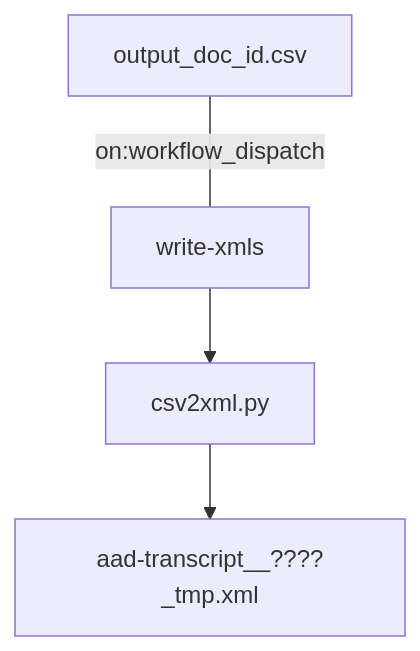
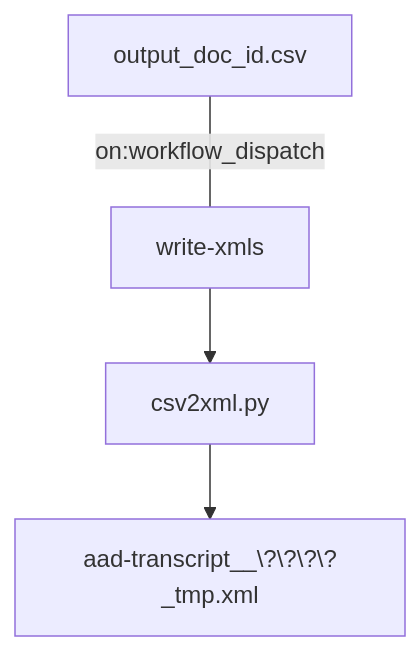
The second of 2 diagrams in README.md (auden-in-austria-digital/aad-data), drawn with Mermaid before and after one commit.

````diff
--- a/README.md
+++ b/README.md
@@ -32,6 +32,6 @@
 ```mermaid
 flowchart TD;
     output_doc_id.csv---|on:workflow_dispatch| write-xmls;
     write-xmls-->csv2xml.py;
-    csv2xml.py-->aad-transcript__????_tmp.xml;
+    csv2xml.py-->aad-transcript__\?\?\?\?_tmp.xml;
 ```
````
